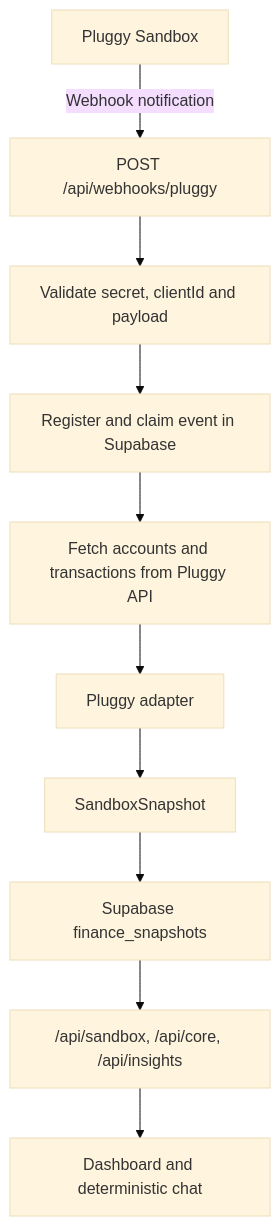
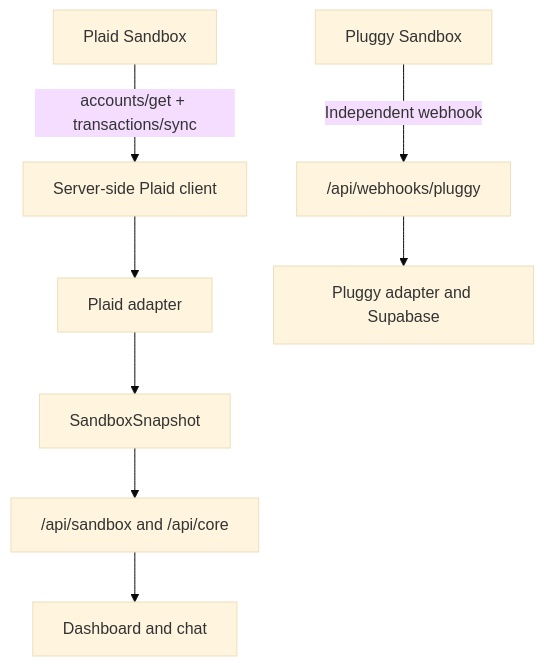
One commit to valquiria87/core-finance changed the diagram in README.md. Above: the diagram before and after it, drawn with Mermaid (base theme). The commit also changed other lines of this file and 67 other files, not shown here.

````diff
--- a/README.md
+++ b/README.md
@@ -74,12 +117,10 @@
 ```mermaid
 flowchart TD
-    A["Pluggy Sandbox"] -->|Webhook notification| B["POST /api/webhooks/pluggy"]
-    B --> C["Validate secret, clientId and payload"]
-    C --> D["Register and claim event in Supabase"]
-    D --> E["Fetch accounts and transactions from Pluggy API"]
-    E --> F["Pluggy adapter"]
-    F --> G["SandboxSnapshot"]
-    G --> H["Supabase finance_snapshots"]
-    H --> I["/api/sandbox, /api/core, /api/insights"]
-    I --> J["Dashboard and deterministic chat"]
+    P["Plaid Sandbox"] -->|accounts/get + transactions/sync| A["Server-side Plaid client"]
+    A --> B["Plaid adapter"]
+    B --> C["SandboxSnapshot"]
+    C --> D["/api/sandbox and /api/core"]
+    D --> E["Dashboard and chat"]
+    G["Pluggy Sandbox"] -->|Independent webhook| H["/api/webhooks/pluggy"]
+    H --> I["Pluggy adapter and Supabase"]
 ```
````
